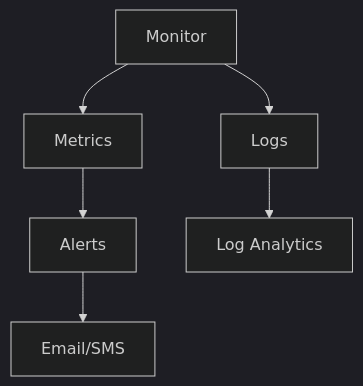
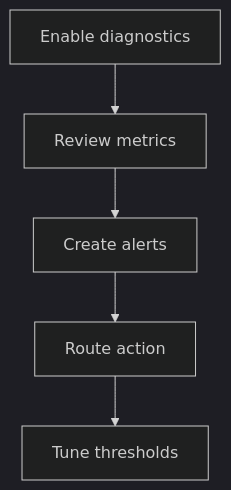
The diagram in docs/operations/monitoring-and-alerting.md (yeongseon/azure-storage-practical-guide), drawn with Mermaid (dark theme) before and after one commit. The commit also changed other lines of this file and 90 other files, not shown here.

````diff
--- a/docs/operations/monitoring-and-alerting.md
+++ b/docs/operations/monitoring-and-alerting.md
@@ -26,8 +26,12 @@
 ```mermaid
-graph TD
-    A[Monitor] --> B[Metrics]
-    B --> C[Alerts]
-    C --> D[Email/SMS]
-    A --> E[Logs]
-    E --> F[Log Analytics]
+flowchart TD
+    A[Enable diagnostics]
+    B[Review metrics]
+    A --> B
+    C[Create alerts]
+    B --> C
+    D[Route action]
+    C --> D
+    E[Tune thresholds]
+    D --> E
 ```
````
